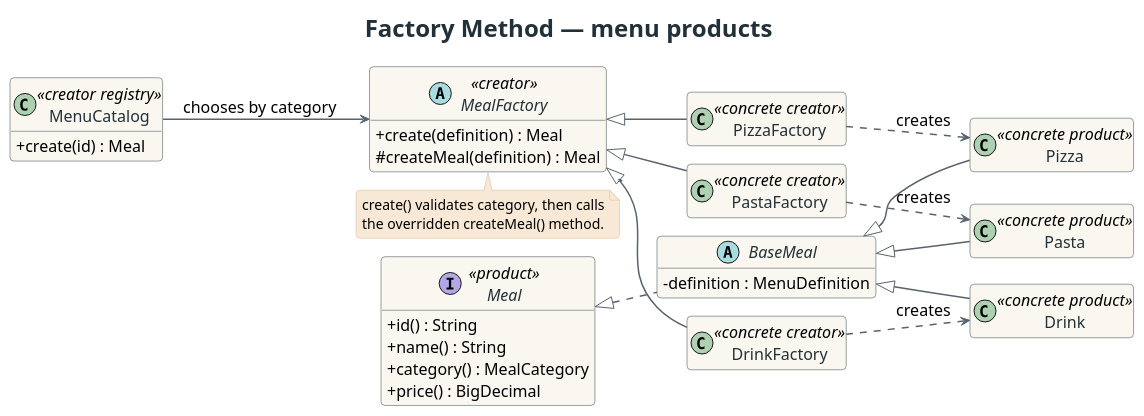
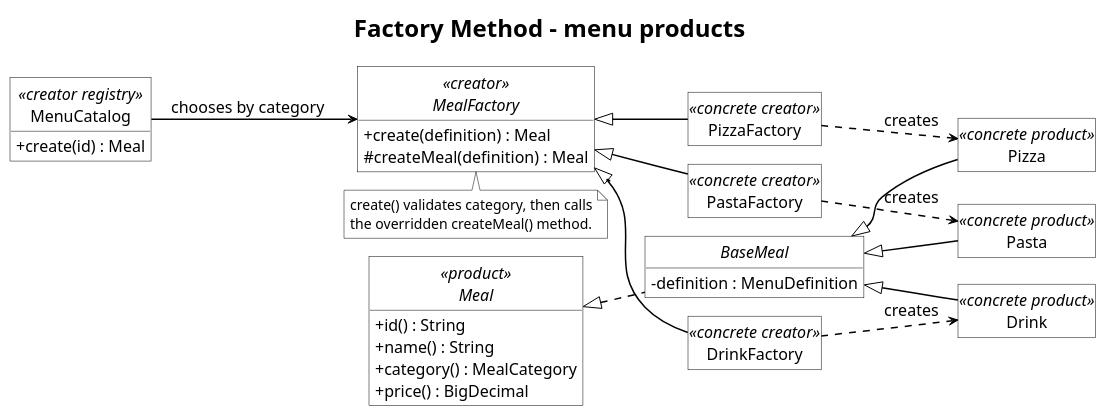
The diagram in docs/uml/factory.puml (ANAYSSA/Final-Project-SDP), drawn with PlantUML before and after one commit. The commit also changed 49 other files, not shown here.

```diff
--- a/docs/uml/factory.puml
+++ b/docs/uml/factory.puml
@@ -1,63 +1,66 @@
 @startuml
 !pragma layout smetana
 skinparam backgroundColor #FFFFFF
+skinparam monochrome true
+skinparam defaultFontColor #000000
+hide circle
 skinparam shadowing false
-skinparam roundcorner 8
+skinparam roundcorner 0
 skinparam defaultFontName SansSerif
 skinparam defaultFontSize 16
-skinparam ArrowColor #59636E
+skinparam ArrowColor #000000
 skinparam ArrowThickness 1.5
 skinparam classAttributeIconSize 0
-skinparam classBackgroundColor #FAF7F0
-skinparam classBorderColor #314047
-skinparam classFontColor #223139
-skinparam stereotypeFontColor #9A4F28
-skinparam noteBackgroundColor #F8E9D6
-skinparam noteBorderColor #D8B794
+skinparam classBackgroundColor #FFFFFF
+skinparam classBorderColor #000000
+skinparam classFontColor #000000
+skinparam stereotypeFontColor #000000
+skinparam noteBackgroundColor #FFFFFF
+skinparam noteBorderColor #000000
 skinparam noteFontSize 14
 skinparam titleFontSize 24
-skinparam titleFontColor #223139
+skinparam titleFontColor #000000
 skinparam packageStyle rectangle
 skinparam packageBackgroundColor #FFFFFF
-skinparam packageBorderColor #C8CED1
+skinparam packageBorderColor #000000
 hide empty members
-title Factory Method — menu products
+title Factory Method - menu products
 left to right direction
 abstract class MealFactory <<creator>> {
   + create(definition) : Meal
   # createMeal(definition) : Meal
 }
 class PizzaFactory <<concrete creator>>
 class PastaFactory <<concrete creator>>
 class DrinkFactory <<concrete creator>>
 interface Meal <<product>> {
   + id() : String
   + name() : String
   + category() : MealCategory
   + price() : BigDecimal
 }
 abstract class BaseMeal {
   - definition : MenuDefinition
 }
 class Pizza <<concrete product>>
 class Pasta <<concrete product>>
 class Drink <<concrete product>>
 class MenuCatalog <<creator registry>> {
   + create(id) : Meal
 }
 MealFactory <|-- PizzaFactory
 MealFactory <|-- PastaFactory
 MealFactory <|-- DrinkFactory
 Meal <|.. BaseMeal
 BaseMeal <|-- Pizza
 BaseMeal <|-- Pasta
 BaseMeal <|-- Drink
 PizzaFactory ..> Pizza : creates
 PastaFactory ..> Pasta : creates
 DrinkFactory ..> Drink : creates
 MenuCatalog --> MealFactory : chooses by category
 note bottom of MealFactory
 create() validates category, then calls
 the overridden createMeal() method.
 end note
 @enduml
```
